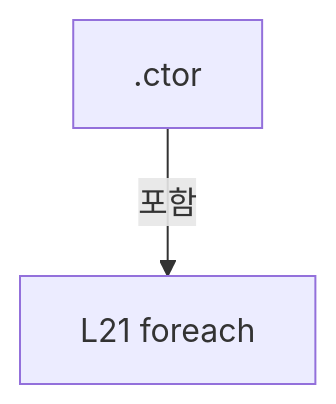
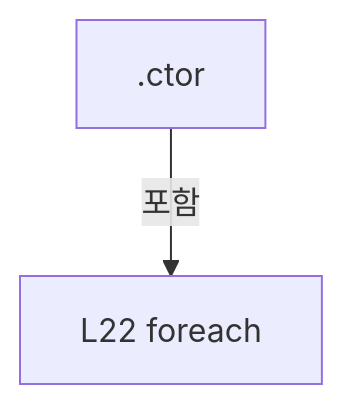
The first of 9 diagrams in A3 LD Code Ref/files/Drilling.Common/Review/CZeroDefenceRecipePlan.cs.md (kjuws10-rgb/Shared), drawn with Mermaid before and after one commit. The commit also changed other lines of this file and 2071 other files, not shown here.

Commit message:
docs(a3): update 11.19.0 architecture and code reference

````diff
--- a/A3 LD Code Ref/files/Drilling.Common/Review/CZeroDefenceRecipePlan.cs.md
+++ b/A3 LD Code Ref/files/Drilling.Common/Review/CZeroDefenceRecipePlan.cs.md
@@ -301,6 +320,6 @@
 ```mermaid
 flowchart TD
  M[".ctor"]
- N0["L21 foreach"]
+ N0["L22 foreach"]
  M -->|포함| N0
 ```
````
